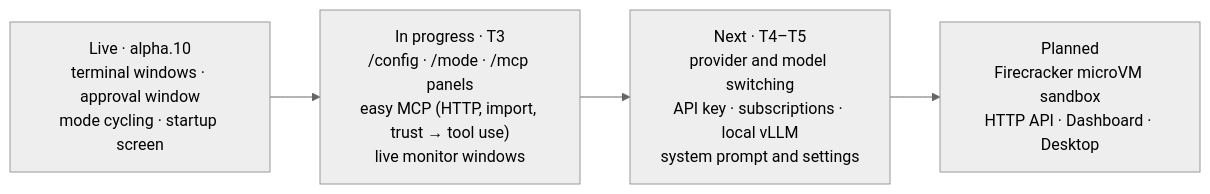
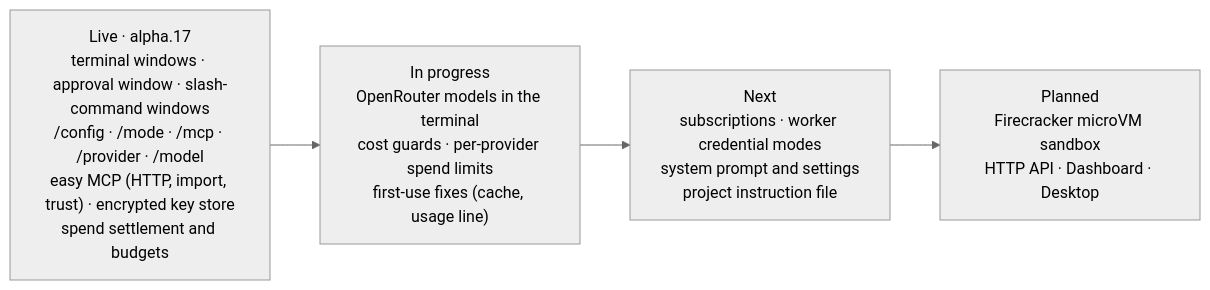
Before and after one commit to Verhex/deckent-next: the fourth of 4 diagrams in README.md, drawn with Mermaid (neutral theme). The commit also changed other lines of this file and 5 other files, not shown here.

Commit message:
docs(audit): README/README.tr live alpha.17, roadmap and model/provider features; SECURITY supported version; PLAN landed rows (IDENTITY-BINDING-V2 to COMPLETED-PLAN, MODEL-PROVIDERS, TERM-TEST-FIXES, SECRET-AT-REST); COMPLETED-PLAN alpha.6/7/10/14 sections

````diff
--- a/README.md
+++ b/README.md
@@ -202,6 +204,6 @@
 ```mermaid
 flowchart LR
-  L["Live · alpha.10<br/>terminal windows · approval window<br/>mode cycling · startup screen"] --> P["In progress · T3<br/>/config · /mode · /mcp panels<br/>easy MCP (HTTP, import, trust → tool use)<br/>live monitor windows"]
-  P --> N["Next · T4–T5<br/>provider and model switching<br/>API key · subscriptions · local vLLM<br/>system prompt and settings"]
+  L["Live · alpha.17<br/>terminal windows · approval window · slash-command windows<br/>/config · /mode · /mcp · /provider · /model<br/>easy MCP (HTTP, import, trust) · encrypted key store<br/>spend settlement and budgets"] --> P["In progress<br/>OpenRouter models in the terminal<br/>cost guards · per-provider spend limits<br/>first-use fixes (cache, usage line)"]
+  P --> N["Next<br/>subscriptions · worker credential modes<br/>system prompt and settings<br/>project instruction file"]
   N --> F["Planned<br/>Firecracker microVM sandbox<br/>HTTP API · Dashboard · Desktop"]
 ```
````
